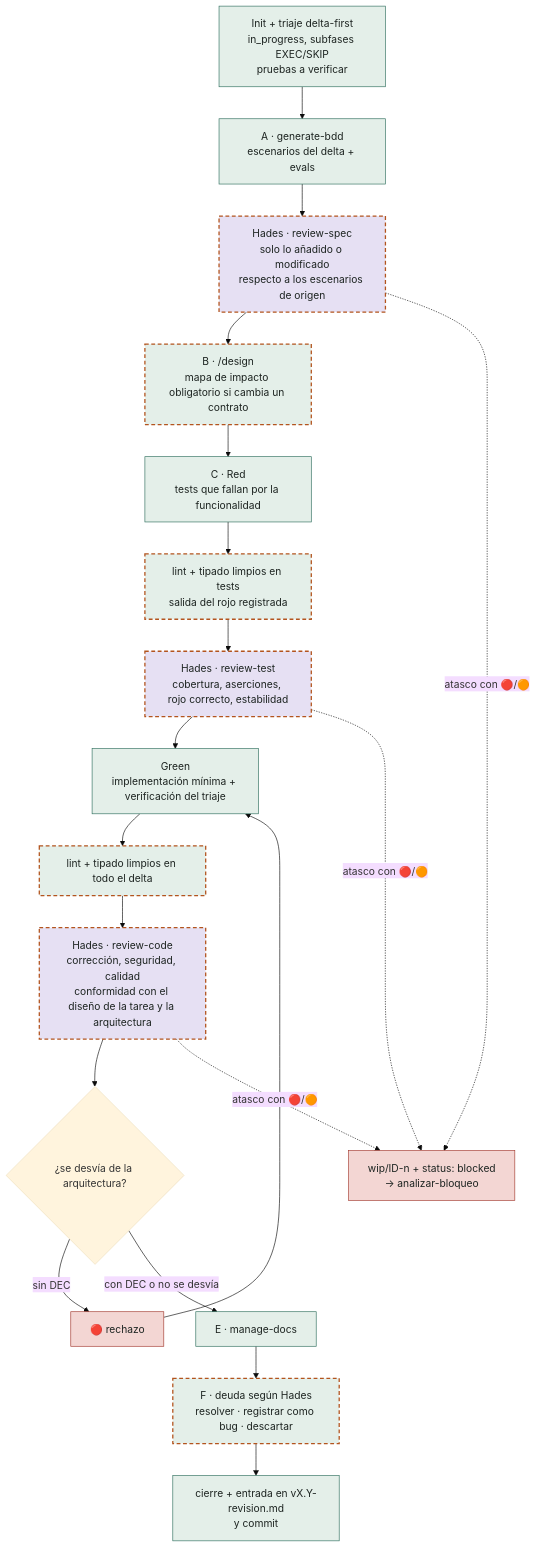
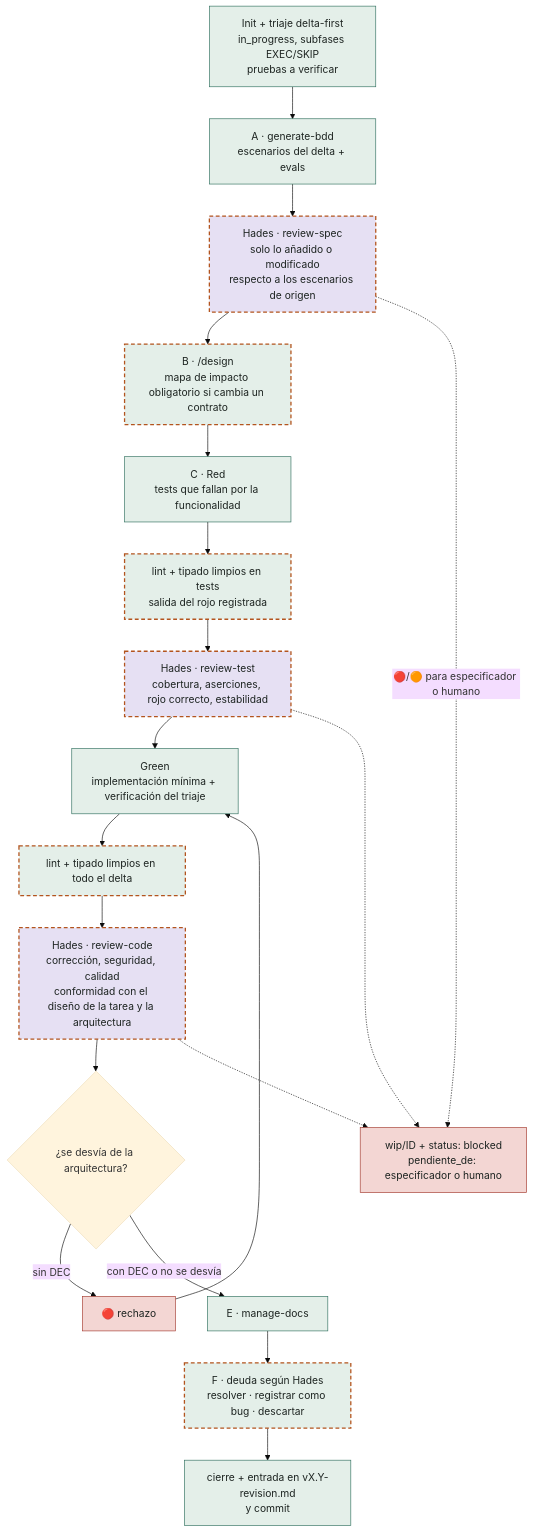
The third of 3 diagrams in docs/orquestacion.md (nereodata/nereoskills), drawn with Mermaid (base theme) before and after one commit. The commit also changed other lines of this file and 8 other files, not shown here.

````diff
--- a/docs/orquestacion.md
+++ b/docs/orquestacion.md
@@ -90,31 +91,31 @@
 ```mermaid
 flowchart TD
   ini["Init + triaje delta-first<br/>in_progress, subfases EXEC/SKIP<br/>pruebas a verificar"] --> bdd["A · generate-bdd<br/>escenarios del delta + evals"]
   bdd --> rs["Hades · review-spec<br/>solo lo añadido o modificado<br/>respecto a los escenarios de origen"]
   rs --> dis["B · /design<br/>mapa de impacto obligatorio si cambia un contrato"]
   dis --> red["C · Red<br/>tests que fallan por la funcionalidad"]
   red --> pre1["lint + tipado limpios en tests<br/>salida del rojo registrada"]
   pre1 --> rtst["Hades · review-test<br/>cobertura, aserciones, rojo correcto, estabilidad"]
   rtst --> green["Green<br/>implementación mínima + verificación del triaje"]
   green --> pre2["lint + tipado limpios en todo el delta"]
   pre2 --> rc["Hades · review-code<br/>corrección, seguridad, calidad<br/>conformidad con el diseño de la tarea y la arquitectura"]
   rc --> q{"¿se desvía de la arquitectura?"}
   q -- "sin DEC" --> rojo["🔴 rechazo"]
   rojo --> green
   q -- "con DEC o no se desvía" --> docs["E · manage-docs"]
   docs --> deu["F · deuda según Hades<br/>resolver · registrar como bug · descartar"]
   deu --> cie["cierre + entrada en vX.Y-revision.md<br/>y commit"]
-  rs -. "atasco con 🔴/🟠" .-> blk["wip/ID-n + status: blocked<br/>→ analizar-bloqueo"]
-  rtst -. "atasco con 🔴/🟠" .-> blk
-  rc -. "atasco con 🔴/🟠" .-> blk
+  rs -. "🔴/🟠 para especificador o humano" .-> blk["wip/ID + status: blocked<br/>pendiente_de: especificador o humano"]
+  rtst -.-> blk
+  rc -.-> blk
 
   classDef paso fill:#e4efe9,stroke:#2f6f5e,color:#1d2421
   classDef hades fill:#e6e0f3,stroke:#5b4a8a,color:#1d2421
   classDef stop fill:#f3d6d3,stroke:#a33a2f,color:#1d2421
   classDef nuevo fill:#e4efe9,stroke:#b3541e,stroke-width:2px,stroke-dasharray:6 4,color:#1d2421
   classDef hnuevo fill:#e6e0f3,stroke:#b3541e,stroke-width:2px,stroke-dasharray:6 4,color:#1d2421
   class ini,bdd,red,green,docs,cie paso
   class dis,pre1,pre2,deu nuevo
   class rs,rtst,rc hnuevo
   class rojo,blk stop
 ```
````
